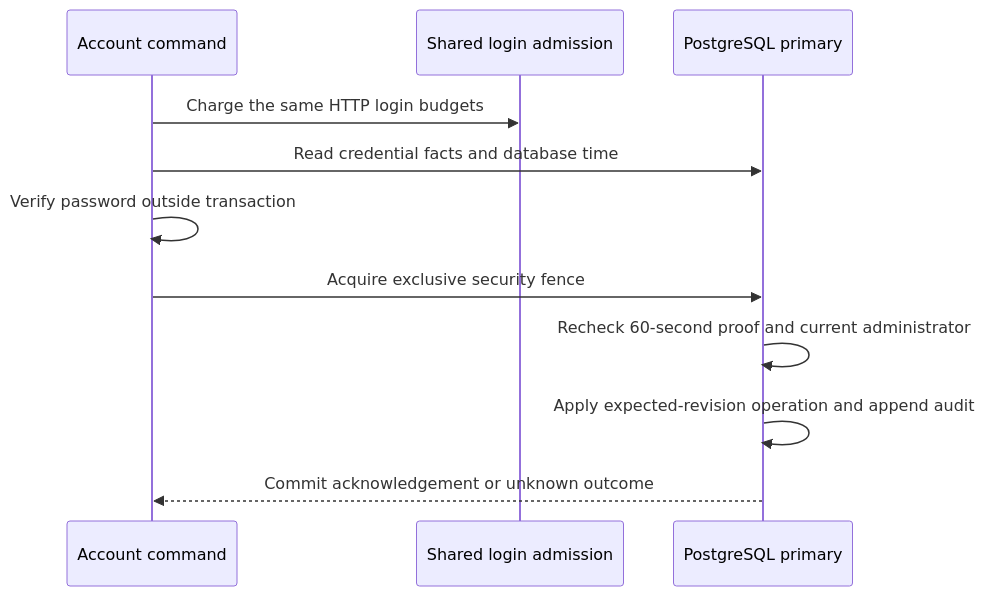
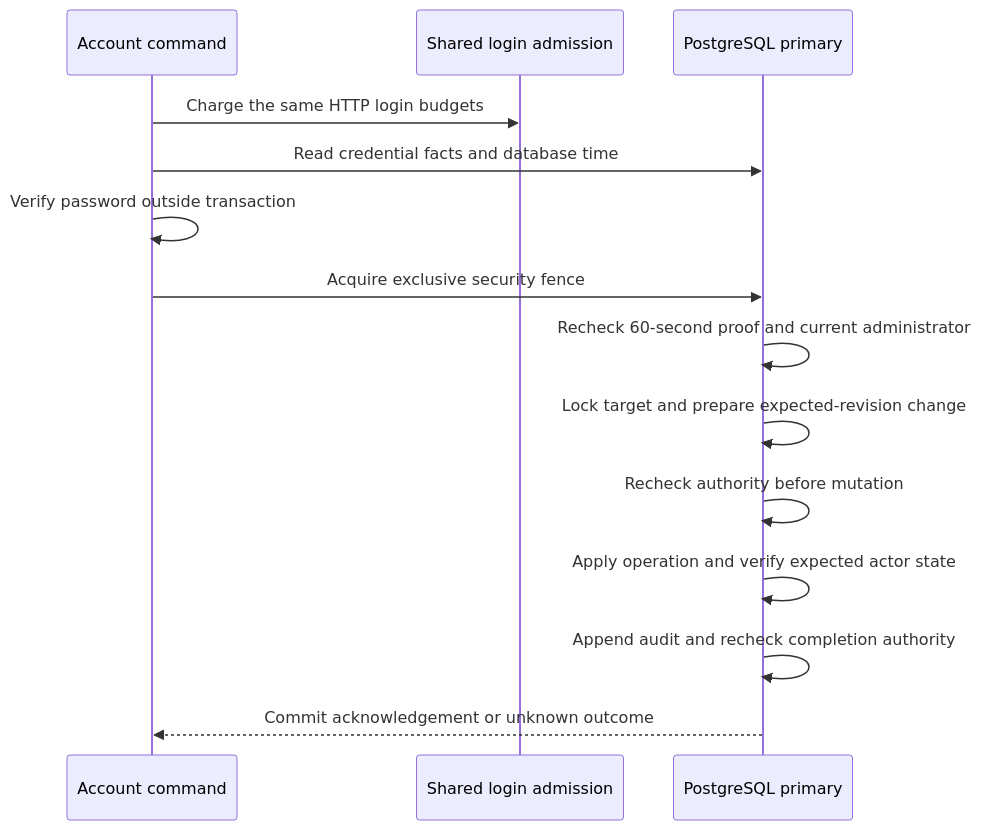
One commit to OneTesseractInMultiverse/darkhorse-identity changed the second of 2 diagrams in docs/operator-accounts.md. Above: the diagram before and after it, drawn with Mermaid. The commit also changed other lines of this file and 22 other files, not shown here.

````diff
--- a/docs/operator-accounts.md
+++ b/docs/operator-accounts.md
@@ -118,13 +122,16 @@
 ```mermaid
 sequenceDiagram
     participant O as Account command
     participant L as Shared login admission
     participant P as PostgreSQL primary
     O->>L: Charge the same HTTP login budgets
     O->>P: Read credential facts and database time
     O->>O: Verify password outside transaction
     O->>P: Acquire exclusive security fence
     P->>P: Recheck 60-second proof and current administrator
-    P->>P: Apply expected-revision operation and append audit
+    P->>P: Lock target and prepare expected-revision change
+    P->>P: Recheck authority before mutation
+    P->>P: Apply operation and verify expected actor state
+    P->>P: Append audit and recheck completion authority
     P-->>O: Commit acknowledgement or unknown outcome
 ```
````
